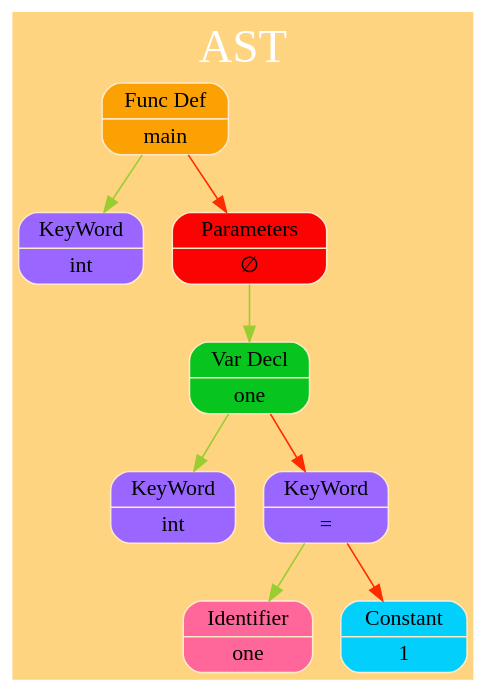
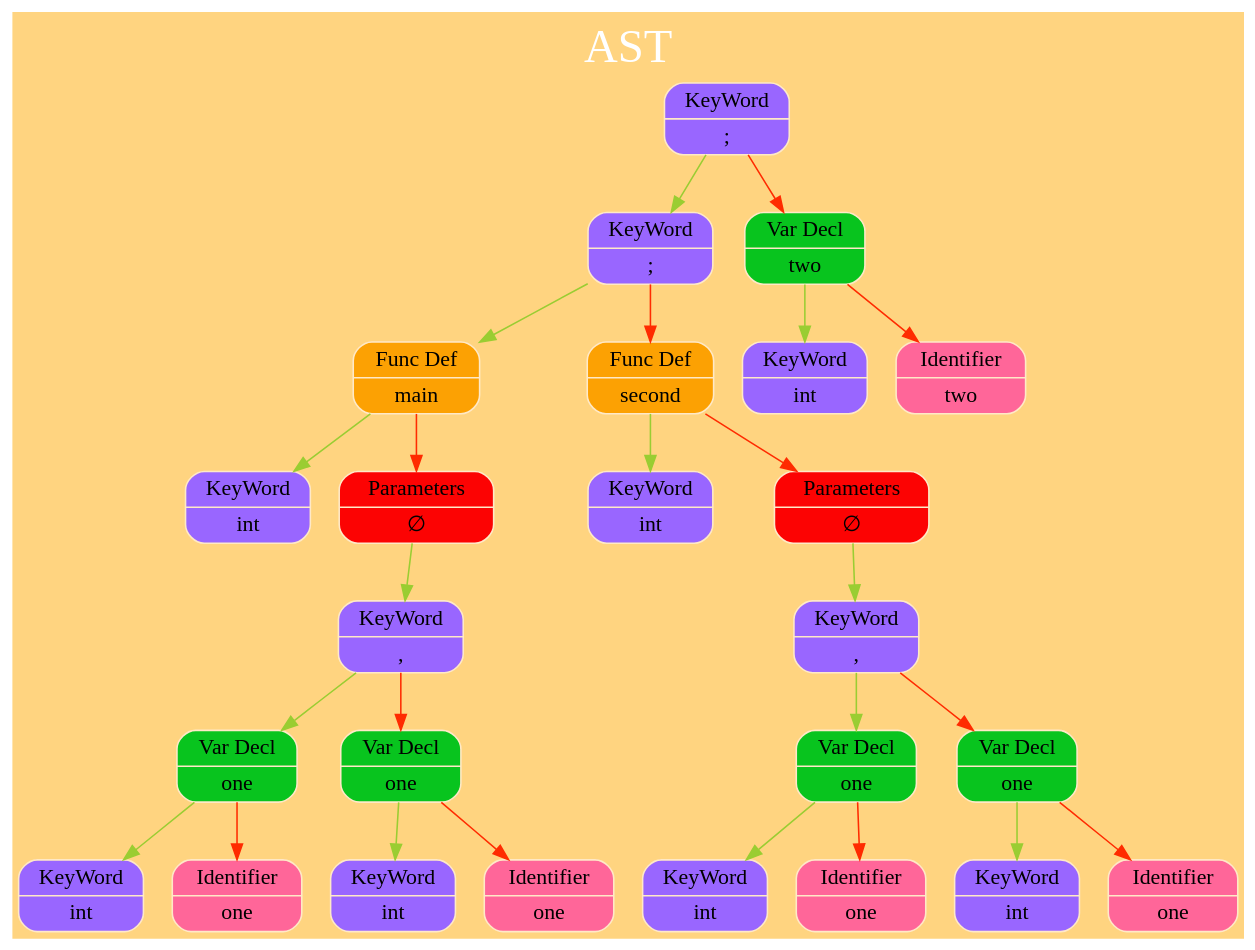
One commit to kand1bober/OOSD-Language changed the diagram in Tree/dump/TreeGraph.dot. Above: the diagram before and after it, drawn with Graphviz. The commit also changed 9 other files, not shown here.

```diff
--- a/Tree/dump/TreeGraph.dot
+++ b/Tree/dump/TreeGraph.dot
@@ -1,19 +1,36 @@
 digraph G
 {
 charset="latin1";
 label="AST";
 labelloc="t";
 fontsize=30
 fontname="Verdana";
 fontcolor="#FFFFFF"
 
 rankdir=TB;size="200,300";bgcolor="#ffd480";
- node_0x504000000190 [shape=record,style="rounded,filled",fillcolor="#fca103",color="#FFE9C7",label=" { { Func Def } | { main } } " ]; node_0x504000000190 -> node_0x504000000150 [color = "#9ACD32", arrowsize = 1] ;
- node_0x504000000150 [shape=record,style="rounded,filled",fillcolor="#9966FF",color="#FFE9C7",label=" { { KeyWord } | { int } } " ]; node_0x504000000190 -> node_0x5040000001d0 [color = "#FF2B00", arrowsize = 1] ;
- node_0x5040000001d0 [shape=record,style="rounded,filled",fillcolor="#fc0303",color="#FFE9C7",label=" { { Parameters } | { &#8709; } } " ]; node_0x5040000001d0 -> node_0x504000000290 [color = "#9ACD32", arrowsize = 1] ;
- node_0x504000000290 [shape=record,style="rounded,filled",fillcolor="#08c41e",color="#FFE9C7",label=" { { Var Decl } | { one } } " ]; node_0x504000000290 -> node_0x504000000210 [color = "#9ACD32", arrowsize = 1] ;
- node_0x504000000210 [shape=record,style="rounded,filled",fillcolor="#9966FF",color="#FFE9C7",label=" { { KeyWord } | { int } } " ]; node_0x504000000290 -> node_0x5040000002d0 [color = "#FF2B00", arrowsize = 1] ;
- node_0x5040000002d0 [shape=record,style="rounded,filled",fillcolor="#9966FF",color="#FFE9C7",label=" { { KeyWord } | { &#x3D; } } " ]; node_0x5040000002d0 -> node_0x504000000250 [color = "#9ACD32", arrowsize = 1] ;
- node_0x504000000250 [shape=record,style="rounded,filled",fillcolor="#ff6699",color="#FFE9C7",label=" { { Identifier } | { one } } " ]; node_0x5040000002d0 -> node_0x504000000310 [color = "#FF2B00", arrowsize = 1] ;
- node_0x504000000310 [shape=record,style="rounded,filled",fillcolor="#03cffc",color="#FFE9C7",label=" { { Constant } | { 1 } } " ]; 
+ node_0x504000000890 [shape=record,style="rounded,filled",fillcolor="#9966FF",color="#FFE9C7",label=" { { KeyWord } | { &#x3B; } } " ]; node_0x504000000890 -> node_0x5040000005d0 [color = "#9ACD32", arrowsize = 1] ;
+ node_0x5040000005d0 [shape=record,style="rounded,filled",fillcolor="#9966FF",color="#FFE9C7",label=" { { KeyWord } | { &#x3B; } } " ]; node_0x5040000005d0 -> node_0x504000000390 [color = "#9ACD32", arrowsize = 1] ;
+ node_0x504000000390 [shape=record,style="rounded,filled",fillcolor="#fca103",color="#FFE9C7",label=" { { Func Def } | { main } } " ]; node_0x504000000390 -> node_0x504000000350 [color = "#9ACD32", arrowsize = 1] ;
+ node_0x504000000350 [shape=record,style="rounded,filled",fillcolor="#9966FF",color="#FFE9C7",label=" { { KeyWord } | { int } } " ]; node_0x504000000390 -> node_0x5040000003d0 [color = "#FF2B00", arrowsize = 1] ;
+ node_0x5040000003d0 [shape=record,style="rounded,filled",fillcolor="#fc0303",color="#FFE9C7",label=" { { Parameters } | { &#8709; } } " ]; node_0x5040000003d0 -> node_0x5040000004d0 [color = "#9ACD32", arrowsize = 1] ;
+ node_0x5040000004d0 [shape=record,style="rounded,filled",fillcolor="#9966FF",color="#FFE9C7",label=" { { KeyWord } | { &#x2C; } } " ]; node_0x5040000004d0 -> node_0x504000000490 [color = "#9ACD32", arrowsize = 1] ;
+ node_0x504000000490 [shape=record,style="rounded,filled",fillcolor="#08c41e",color="#FFE9C7",label=" { { Var Decl } | { one } } " ]; node_0x504000000490 -> node_0x504000000410 [color = "#9ACD32", arrowsize = 1] ;
+ node_0x504000000410 [shape=record,style="rounded,filled",fillcolor="#9966FF",color="#FFE9C7",label=" { { KeyWord } | { int } } " ]; node_0x504000000490 -> node_0x504000000450 [color = "#FF2B00", arrowsize = 1] ;
+ node_0x504000000450 [shape=record,style="rounded,filled",fillcolor="#ff6699",color="#FFE9C7",label=" { { Identifier } | { one } } " ]; node_0x5040000004d0 -> node_0x504000000590 [color = "#FF2B00", arrowsize = 1] ;
+ node_0x504000000590 [shape=record,style="rounded,filled",fillcolor="#08c41e",color="#FFE9C7",label=" { { Var Decl } | { one } } " ]; node_0x504000000590 -> node_0x504000000510 [color = "#9ACD32", arrowsize = 1] ;
+ node_0x504000000510 [shape=record,style="rounded,filled",fillcolor="#9966FF",color="#FFE9C7",label=" { { KeyWord } | { int } } " ]; node_0x504000000590 -> node_0x504000000550 [color = "#FF2B00", arrowsize = 1] ;
+ node_0x504000000550 [shape=record,style="rounded,filled",fillcolor="#ff6699",color="#FFE9C7",label=" { { Identifier } | { one } } " ]; node_0x5040000005d0 -> node_0x504000000650 [color = "#FF2B00", arrowsize = 1] ;
+ node_0x504000000650 [shape=record,style="rounded,filled",fillcolor="#fca103",color="#FFE9C7",label=" { { Func Def } | { second } } " ]; node_0x504000000650 -> node_0x504000000610 [color = "#9ACD32", arrowsize = 1] ;
+ node_0x504000000610 [shape=record,style="rounded,filled",fillcolor="#9966FF",color="#FFE9C7",label=" { { KeyWord } | { int } } " ]; node_0x504000000650 -> node_0x504000000690 [color = "#FF2B00", arrowsize = 1] ;
+ node_0x504000000690 [shape=record,style="rounded,filled",fillcolor="#fc0303",color="#FFE9C7",label=" { { Parameters } | { &#8709; } } " ]; node_0x504000000690 -> node_0x504000000790 [color = "#9ACD32", arrowsize = 1] ;
+ node_0x504000000790 [shape=record,style="rounded,filled",fillcolor="#9966FF",color="#FFE9C7",label=" { { KeyWord } | { &#x2C; } } " ]; node_0x504000000790 -> node_0x504000000750 [color = "#9ACD32", arrowsize = 1] ;
+ node_0x504000000750 [shape=record,style="rounded,filled",fillcolor="#08c41e",color="#FFE9C7",label=" { { Var Decl } | { one } } " ]; node_0x504000000750 -> node_0x5040000006d0 [color = "#9ACD32", arrowsize = 1] ;
+ node_0x5040000006d0 [shape=record,style="rounded,filled",fillcolor="#9966FF",color="#FFE9C7",label=" { { KeyWord } | { int } } " ]; node_0x504000000750 -> node_0x504000000710 [color = "#FF2B00", arrowsize = 1] ;
+ node_0x504000000710 [shape=record,style="rounded,filled",fillcolor="#ff6699",color="#FFE9C7",label=" { { Identifier } | { one } } " ]; node_0x504000000790 -> node_0x504000000850 [color = "#FF2B00", arrowsize = 1] ;
+ node_0x504000000850 [shape=record,style="rounded,filled",fillcolor="#08c41e",color="#FFE9C7",label=" { { Var Decl } | { one } } " ]; node_0x504000000850 -> node_0x5040000007d0 [color = "#9ACD32", arrowsize = 1] ;
+ node_0x5040000007d0 [shape=record,style="rounded,filled",fillcolor="#9966FF",color="#FFE9C7",label=" { { KeyWord } | { int } } " ]; node_0x504000000850 -> node_0x504000000810 [color = "#FF2B00", arrowsize = 1] ;
+ node_0x504000000810 [shape=record,style="rounded,filled",fillcolor="#ff6699",color="#FFE9C7",label=" { { Identifier } | { one } } " ]; node_0x504000000890 -> node_0x504000000950 [color = "#FF2B00", arrowsize = 1] ;
+ node_0x504000000950 [shape=record,style="rounded,filled",fillcolor="#08c41e",color="#FFE9C7",label=" { { Var Decl } | { two } } " ]; node_0x504000000950 -> node_0x5040000008d0 [color = "#9ACD32", arrowsize = 1] ;
+ node_0x5040000008d0 [shape=record,style="rounded,filled",fillcolor="#9966FF",color="#FFE9C7",label=" { { KeyWord } | { int } } " ]; node_0x504000000950 -> node_0x504000000910 [color = "#FF2B00", arrowsize = 1] ;
+ node_0x504000000910 [shape=record,style="rounded,filled",fillcolor="#ff6699",color="#FFE9C7",label=" { { Identifier } | { two } } " ]; 
 }
```
